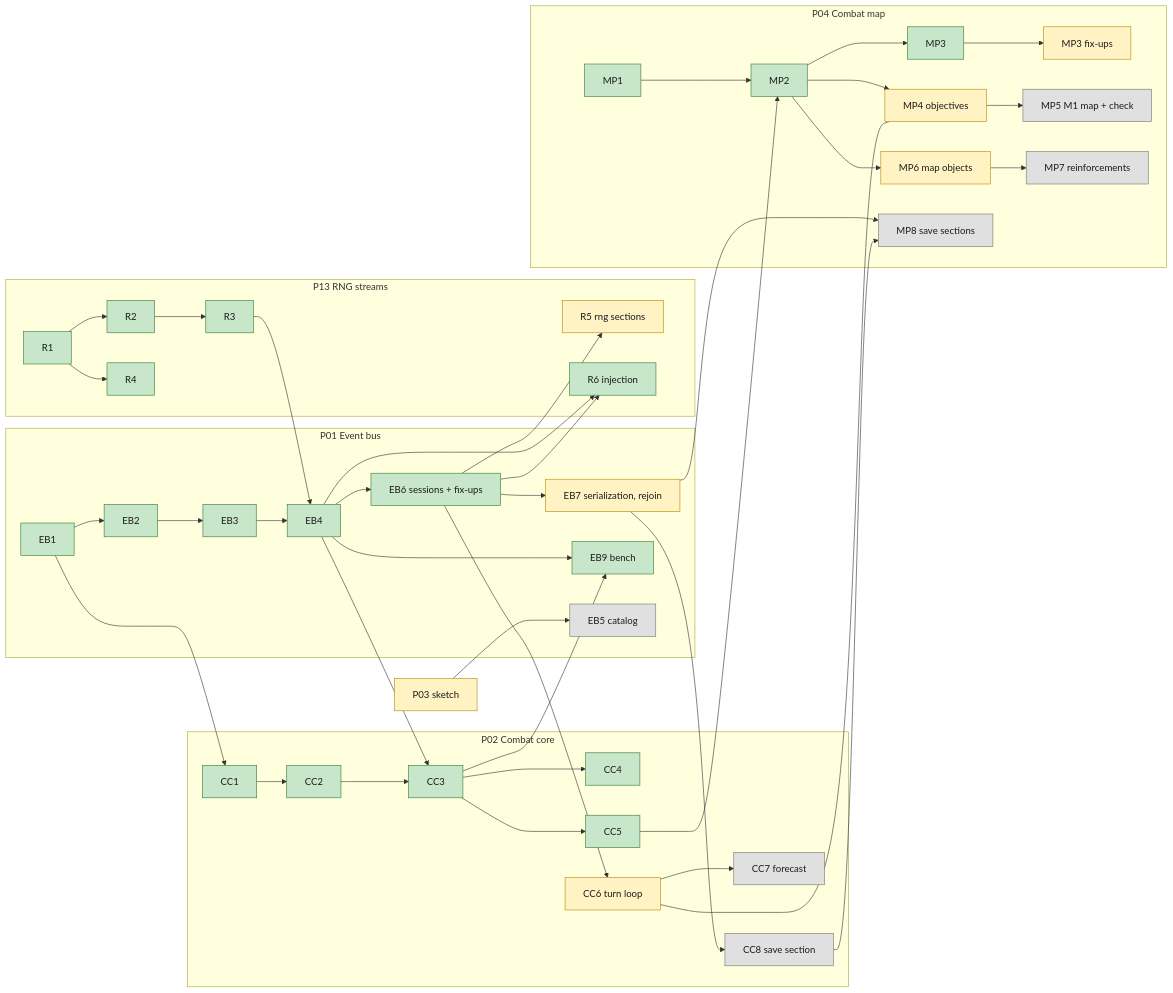
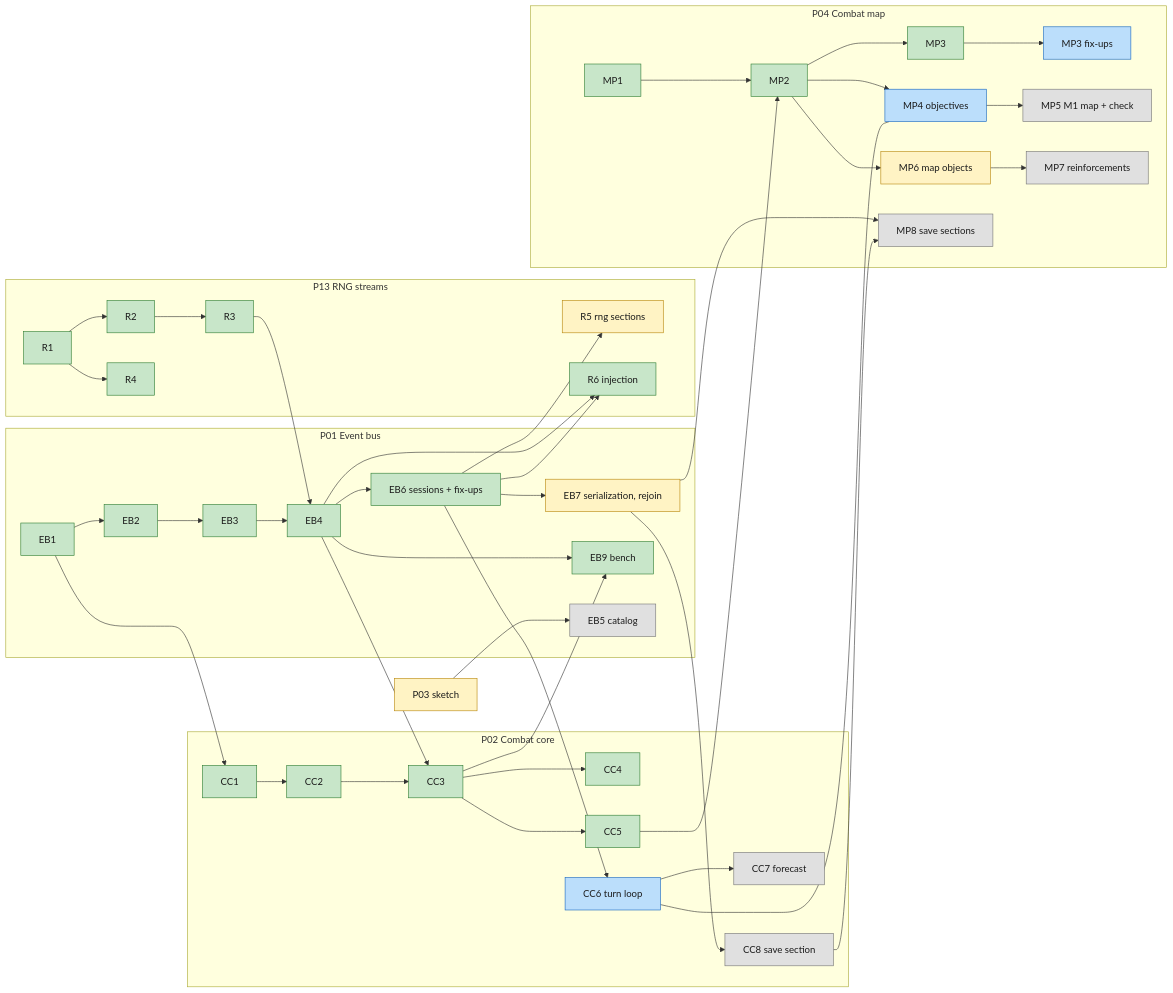
One commit to DevinHMurphy/bandit-bash changed the second of 2 diagrams in docs/plans/game-orchestrator.md. Above: the diagram before and after it, drawn with Mermaid. The commit also changed other lines of this file, not shown here.

````diff
--- a/docs/plans/game-orchestrator.md
+++ b/docs/plans/game-orchestrator.md
@@ -166,55 +166,57 @@
 ```mermaid
 flowchart LR
   subgraph P13[P13 RNG streams]
     R1 --> R2 --> R3
     R1 --> R4
     R5[R5 rng sections]
     R6[R6 injection]
   end
   subgraph P01[P01 Event bus]
     EB1 --> EB2 --> EB3 --> EB4
     EB4 --> EB6[EB6 sessions + fix-ups]
     EB6 --> EB7[EB7 serialization, rejoin]
     EB4 --> EB9[EB9 bench]
     EB5[EB5 catalog]
   end
   subgraph P02[P02 Combat core]
     CC1 --> CC2 --> CC3
     CC3 --> CC4
     CC3 --> CC5
     CC6[CC6 turn loop]
     CC7[CC7 forecast]
     CC8[CC8 save section]
     CC6 --> CC7
   end
   subgraph P04[P04 Combat map]
     MP1 --> MP2 --> MP3
     MP3 --> MP3F[MP3 fix-ups]
     MP2 --> MP4[MP4 objectives]
     MP4 --> MP5[MP5 M1 map + check]
     MP2 --> MP6[MP6 map objects]
     MP6 --> MP7[MP7 reinforcements]
     MP8[MP8 save sections]
   end
   P03S[P03 sketch] --> EB5
   R3 --> EB4
   EB1 --> CC1
   EB4 --> CC3
   CC3 --> EB9
   CC5 --> MP2
   EB6 --> CC6
   CC6 --- MP4
   EB6 --> R5
   EB4 --> R6
   EB6 --> R6
   EB7 --> CC8
   EB7 --> MP8
   CC8 --> MP8
 
   classDef done fill:#c8e6c9,stroke:#2e7d32,color:#1b1b1b
+  classDef active fill:#bbdefb,stroke:#1565c0,color:#1b1b1b
   classDef ready fill:#fff3c4,stroke:#b8860b,color:#1b1b1b
   classDef waiting fill:#e0e0e0,stroke:#757575,color:#1b1b1b
   class R1,R2,R3,R4,R6,EB1,EB2,EB3,EB4,EB6,EB9,CC1,CC2,CC3,CC4,CC5,MP1,MP2,MP3 done
-  class R5,EB7,CC6,MP3F,MP4,MP6,P03S ready
+  class CC6,MP3F,MP4 active
+  class R5,EB7,MP6,P03S ready
   class EB5,CC7,CC8,MP5,MP7,MP8 waiting
 ```
````
